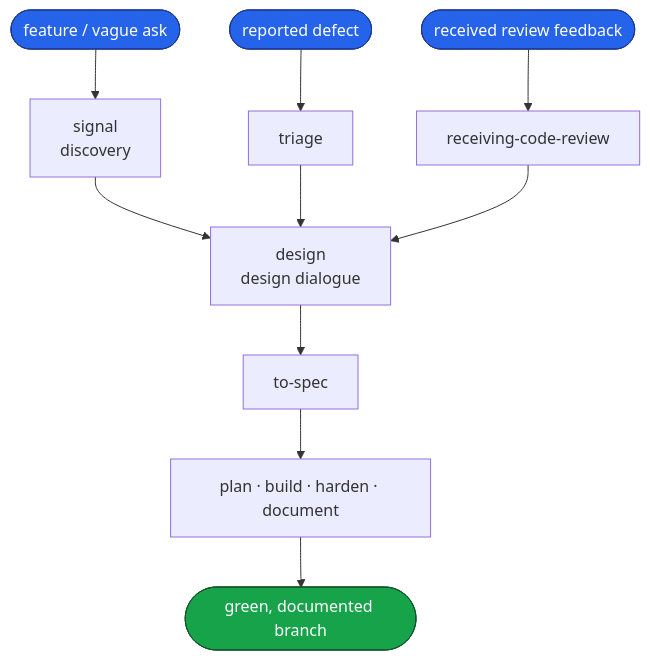
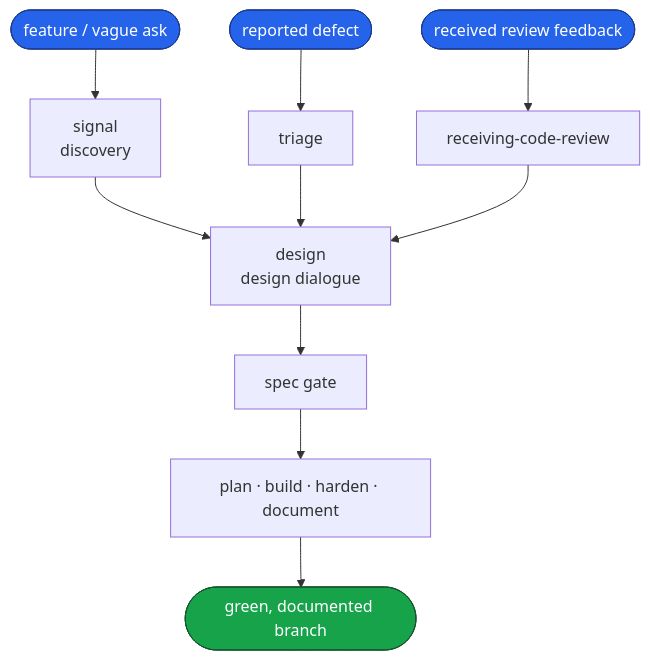
The first of 6 diagrams in README.md (dashworthy/engineering), drawn with Mermaid before and after one commit. The commit also changed other lines of this file and 3 other files, not shown here.

````diff
--- a/README.md
+++ b/README.md
@@ -39,17 +38,17 @@
 ```mermaid
 flowchart TD
     classDef entry fill:#2563eb,stroke:#1e3a8a,color:#fff
     classDef done fill:#16a34a,stroke:#14532d,color:#fff
 
     F(["feature / vague ask"]):::entry --> SIG["signal<br/>discovery"]
     D(["reported defect"]):::entry --> TRI["triage"]
     R(["received review feedback"]):::entry --> RCR["receiving-code-review"]
 
     SIG --> DES["design<br/>design dialogue"]
     TRI --> DES
     RCR --> DES
 
-    DES --> SPEC["to-spec"]
+    DES --> SPEC["spec gate"]
     SPEC --> BB["plan · build · harden · document"]
     BB --> DONE(["green, documented branch"]):::done
 ```
````
